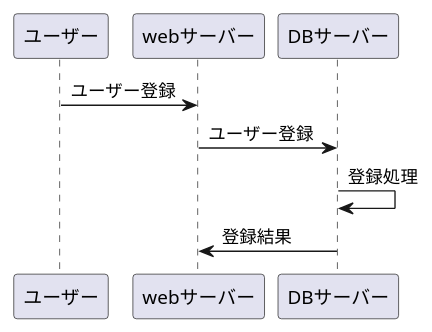
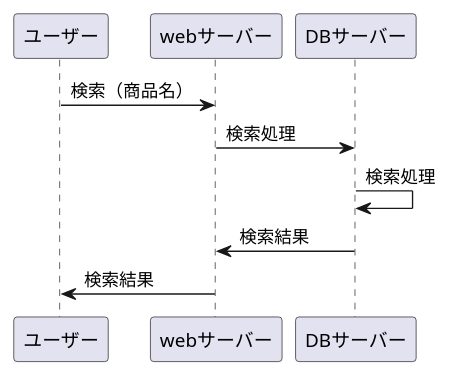
Before and after one commit to Aso2001140/2012sys-design: the diagram in 8_02.md, drawn with PlantUML.

````diff
--- a/8_02.md
+++ b/8_02.md
@@ -1,8 +1,9 @@
 ```uml
 @startuml
-ユーザー -> webサーバー : ユーザー登録
-webサーバー -> DBサーバー : ユーザー登録
-DBサーバー -> DBサーバー : 登録処理
-DBサーバー -> webサーバー : 登録結果
+ユーザー -> webサーバー : 検索（商品名）
+webサーバー -> DBサーバー : 検索処理
+DBサーバー -> DBサーバー : 検索処理
+DBサーバー -> webサーバー : 検索結果
+webサーバー -> ユーザー : 検索結果
 @enduml
 ```
````
